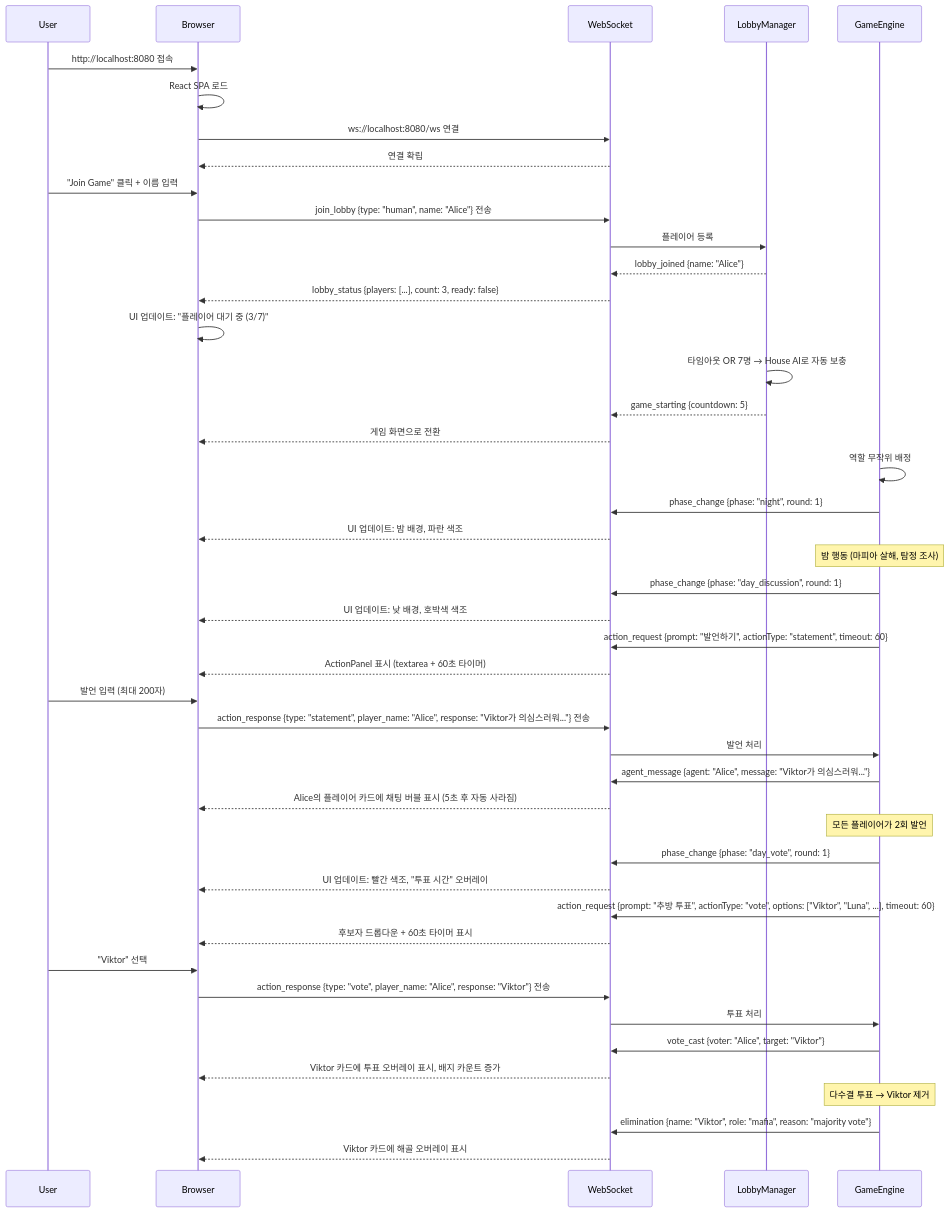
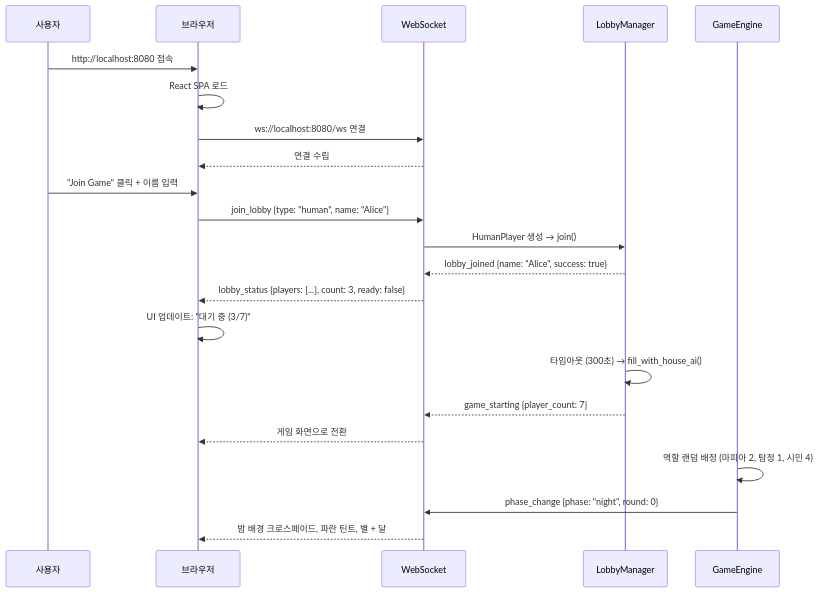
Before and after one commit to 0xarkstar/mafi-AI: the second of 7 diagrams in docs/USERFLOW.ko.md, drawn with Mermaid. The commit also changed other lines of this file and 1 other file, not shown here.

First line of the commit message:
docs: rewrite USERFLOW with actor-based architecture and corrected betting model

````diff
--- a/docs/USERFLOW.ko.md
+++ b/docs/USERFLOW.ko.md
@@ -270,59 +198,28 @@
 ```mermaid
 sequenceDiagram
-    participant User
-    participant Browser
+    participant 사용자
+    participant 브라우저
     participant WebSocket
     participant LobbyManager
     participant GameEngine
 
-    User->>Browser: http://localhost:8080 접속
-    Browser->>Browser: React SPA 로드
-    Browser->>WebSocket: ws://localhost:8080/ws 연결
-    WebSocket-->>Browser: 연결 확립
+    사용자->>브라우저: http://localhost:8080 접속
+    브라우저->>브라우저: React SPA 로드
+    브라우저->>WebSocket: ws://localhost:8080/ws 연결
+    WebSocket-->>브라우저: 연결 수립
 
-    User->>Browser: "Join Game" 클릭 + 이름 입력
-    Browser->>WebSocket: join_lobby {type: "human", name: "Alice"} 전송
-    WebSocket->>LobbyManager: 플레이어 등록
-    LobbyManager-->>WebSocket: lobby_joined {name: "Alice"}
-    WebSocket-->>Browser: lobby_status {players: [...], count: 3, ready: false}
-    Browser->>Browser: UI 업데이트: "플레이어 대기 중 (3/7)"
+    사용자->>브라우저: "Join Game" 클릭 + 이름 입력
+    브라우저->>WebSocket: join_lobby {type: "human", name: "Alice"}
+    WebSocket->>LobbyManager: HumanPlayer 생성 → join()
+    LobbyManager-->>WebSocket: lobby_joined {name: "Alice", success: true}
+    WebSocket-->>브라우저: lobby_status {players: [...], count: 3, ready: false}
+    브라우저->>브라우저: UI 업데이트: "대기 중 (3/7)"
 
-    LobbyManager->>LobbyManager: 타임아웃 OR 7명 → House AI로 자동 보충
-    LobbyManager-->>WebSocket: game_starting {countdown: 5}
-    WebSocket-->>Browser: 게임 화면으로 전환
+    LobbyManager->>LobbyManager: 타임아웃 (300초) → fill_with_house_ai()
+    LobbyManager-->>WebSocket: game_starting {player_count: 7}
+    WebSocket-->>브라우저: 게임 화면으로 전환
 
-    GameEngine->>GameEngine: 역할 무작위 배정
-    GameEngine->>WebSocket: phase_change {phase: "night", round: 1}
-    WebSocket-->>Browser: UI 업데이트: 밤 배경, 파란 색조
-
-    Note over GameEngine: 밤 행동 (마피아 살해, 탐정 조사)
-
-    GameEngine->>WebSocket: phase_change {phase: "day_discussion", round: 1}
-    WebSocket-->>Browser: UI 업데이트: 낮 배경, 호박색 색조
-
-    GameEngine->>WebSocket: action_request {prompt: "발언하기", actionType: "statement", timeout: 60}
-    WebSocket-->>Browser: ActionPanel 표시 (textarea + 60초 타이머)
-    User->>Browser: 발언 입력 (최대 200자)
-    Browser->>WebSocket: action_response {type: "statement", player_name: "Alice", response: "Viktor가 의심스러워..."} 전송
-    WebSocket->>GameEngine: 발언 처리
-    GameEngine->>WebSocket: agent_message {agent: "Alice", message: "Viktor가 의심스러워..."}
-    WebSocket-->>Browser: Alice의 플레이어 카드에 채팅 버블 표시 (5초 후 자동 사라짐)
-
-    Note over GameEngine: 모든 플레이어가 2회 발언
-
-    GameEngine->>WebSocket: phase_change {phase: "day_vote", round: 1}
-    WebSocket-->>Browser: UI 업데이트: 빨간 색조, "투표 시간" 오버레이
-
-    GameEngine->>WebSocket: action_request {prompt: "추방 투표", actionType: "vote", options: ["Viktor", "Luna", ...], timeout: 60}
-    WebSocket-->>Browser: 후보자 드롭다운 + 60초 타이머 표시
-    User->>Browser: "Viktor" 선택
-    Browser->>WebSocket: action_response {type: "vote", player_name: "Alice", response: "Viktor"} 전송
-    WebSocket->>GameEngine: 투표 처리
-    GameEngine->>WebSocket: vote_cast {voter: "Alice", target: "Viktor"}
-    WebSocket-->>Browser: Viktor 카드에 투표 오버레이 표시, 배지 카운트 증가
-
-    Note over GameEngine: 다수결 투표 → Viktor 제거
-
-    GameEngine->>WebSocket: elimination {name: "Viktor", role: "mafia", reason: "majority vote"}
-    WebSocket-->>Browser: Viktor 카드에 해골 오버레이 표시
+    GameEngine->>GameEngine: 역할 랜덤 배정 (마피아 2, 탐정 1, 시민 4)
+    GameEngine->>WebSocket: phase_change {phase: "night", round: 0}
+    WebSocket-->>브라우저: 밤 배경 크로스페이드, 파란 틴트, 별 + 달
 ```
````
